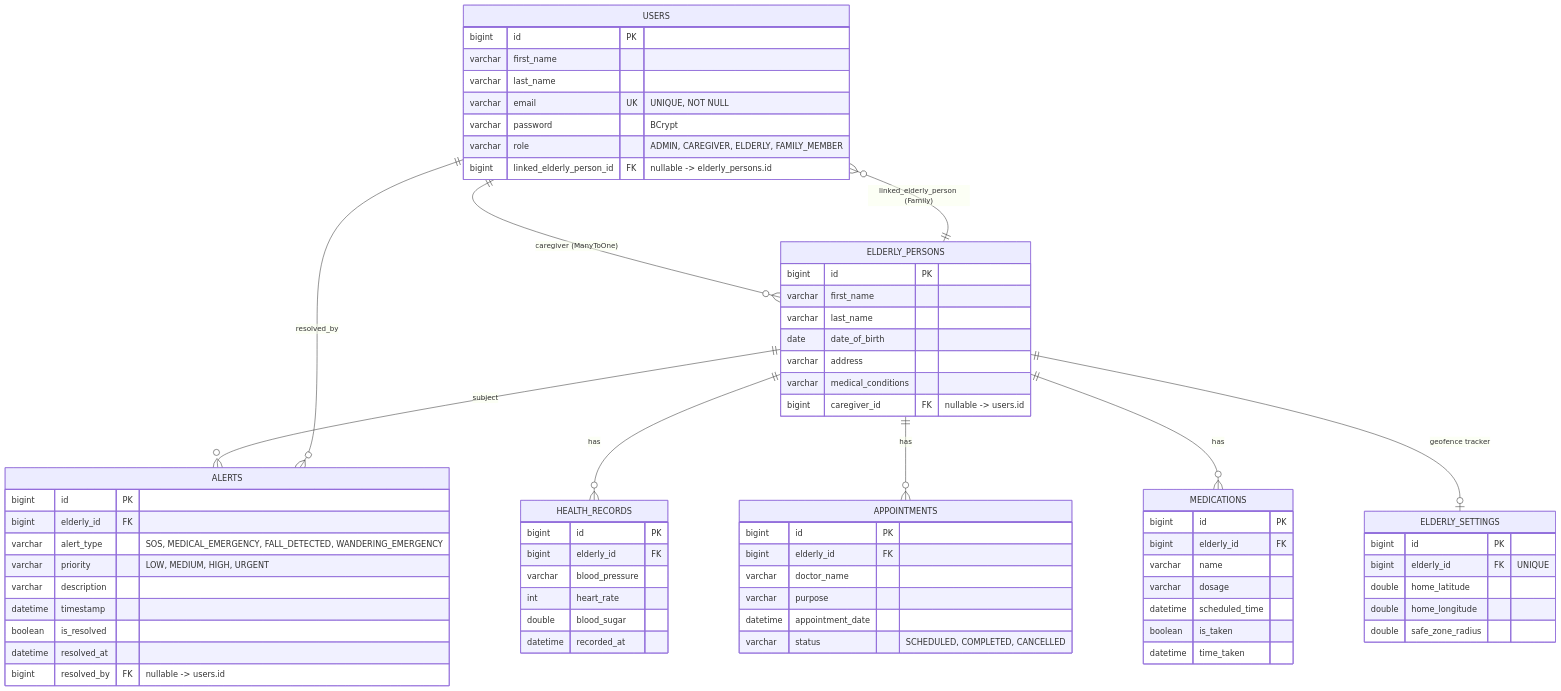
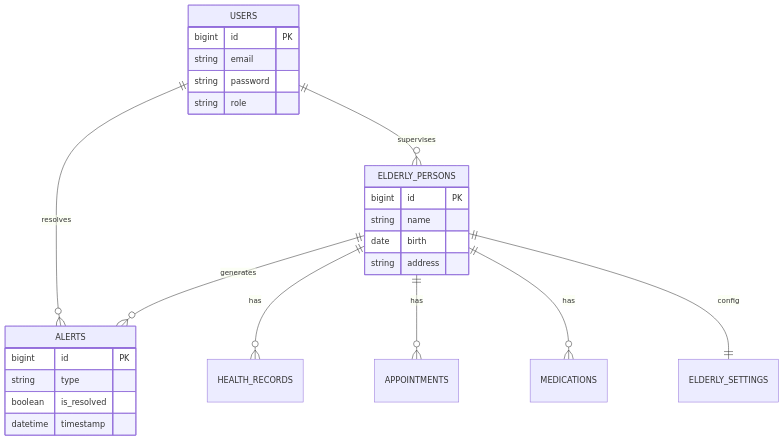
One commit to ranim85/Elderly-Assistance-Platform changed the second of 5 diagrams in docs/uml_diagrams.md. Above: the diagram before and after it, drawn with Mermaid. The commit also changed other lines of this file, not shown here.

````diff
--- a/docs/uml_diagrams.md
+++ b/docs/uml_diagrams.md
@@ -50,79 +46,33 @@
 ```mermaid
 erDiagram
-    USERS ||--o{ ELDERLY_PERSONS : "caregiver (ManyToOne)"
-    ELDERLY_PERSONS ||--o{ USERS : "linked_elderly_person (Family)"
-    ELDERLY_PERSONS ||--o{ ALERTS : "subject"
-    USERS ||--o{ ALERTS : "resolved_by"
-    ELDERLY_PERSONS ||--o{ HEALTH_RECORDS : has
-    ELDERLY_PERSONS ||--o{ APPOINTMENTS : has
-    ELDERLY_PERSONS ||--o{ MEDICATIONS : has
-    ELDERLY_PERSONS ||--o| ELDERLY_SETTINGS : "geofence tracker"
 
-    USERS {
-        bigint id PK
-        varchar first_name
-        varchar last_name
-        varchar email UK "UNIQUE, NOT NULL"
-        varchar password "BCrypt"
-        varchar role "ADMIN, CAREGIVER, ELDERLY, FAMILY_MEMBER"
-        bigint linked_elderly_person_id FK "nullable -> elderly_persons.id"
-    }
+USERS ||--o{ ALERTS : resolves
+USERS ||--o{ ELDERLY_PERSONS : supervises
 
-    ELDERLY_PERSONS {
-        bigint id PK
-        varchar first_name
-        varchar last_name
-        date date_of_birth
-        varchar address
-        varchar medical_conditions
-        bigint caregiver_id FK "nullable -> users.id"
-    }
+ELDERLY_PERSONS ||--o{ ALERTS : generates
+ELDERLY_PERSONS ||--o{ HEALTH_RECORDS : has
+ELDERLY_PERSONS ||--o{ APPOINTMENTS : has
+ELDERLY_PERSONS ||--o{ MEDICATIONS : has
+ELDERLY_PERSONS ||--|| ELDERLY_SETTINGS : config
 
-    ALERTS {
-        bigint id PK
-        bigint elderly_id FK
-        varchar alert_type "SOS, MEDICAL_EMERGENCY, FALL_DETECTED, WANDERING_EMERGENCY"
-        varchar priority "LOW, MEDIUM, HIGH, URGENT"
-        varchar description
-        datetime timestamp
-        boolean is_resolved
-        datetime resolved_at
-        bigint resolved_by FK "nullable -> users.id"
-    }
+USERS {
+    bigint id PK
+    string email
+    string password
+    string role
+}
 
-    HEALTH_RECORDS {
-        bigint id PK
-        bigint elderly_id FK
-        varchar blood_pressure
-        int heart_rate
-        double blood_sugar
-        datetime recorded_at
-    }
+ELDERLY_PERSONS {
+    bigint id PK
+    string name
+    date birth
+    string address
+}
 
-    APPOINTMENTS {
-        bigint id PK
-        bigint elderly_id FK
-        varchar doctor_name
-        varchar purpose
-        datetime appointment_date
-        varchar status "SCHEDULED, COMPLETED, CANCELLED"
-    }
-
-    MEDICATIONS {
-        bigint id PK
-        bigint elderly_id FK
-        varchar name
-        varchar dosage
-        datetime scheduled_time
-        boolean is_taken
-        datetime time_taken
-    }
-
-    ELDERLY_SETTINGS {
-        bigint id PK
-        bigint elderly_id FK "UNIQUE"
-        double home_latitude
-        double home_longitude
-        double safe_zone_radius
-    }
+ALERTS {
+    bigint id PK
+    string type
+    boolean is_resolved
+    datetime timestamp
+}
 ```
````
